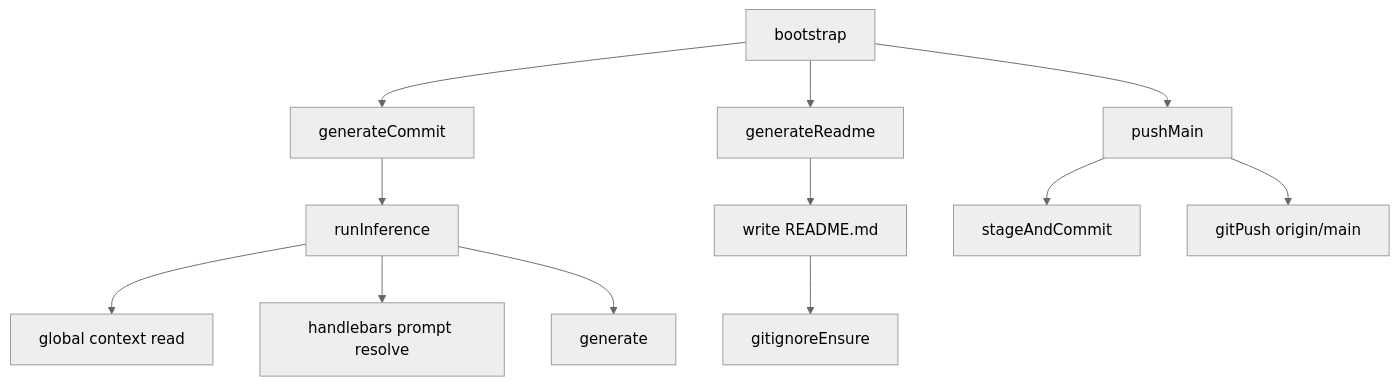
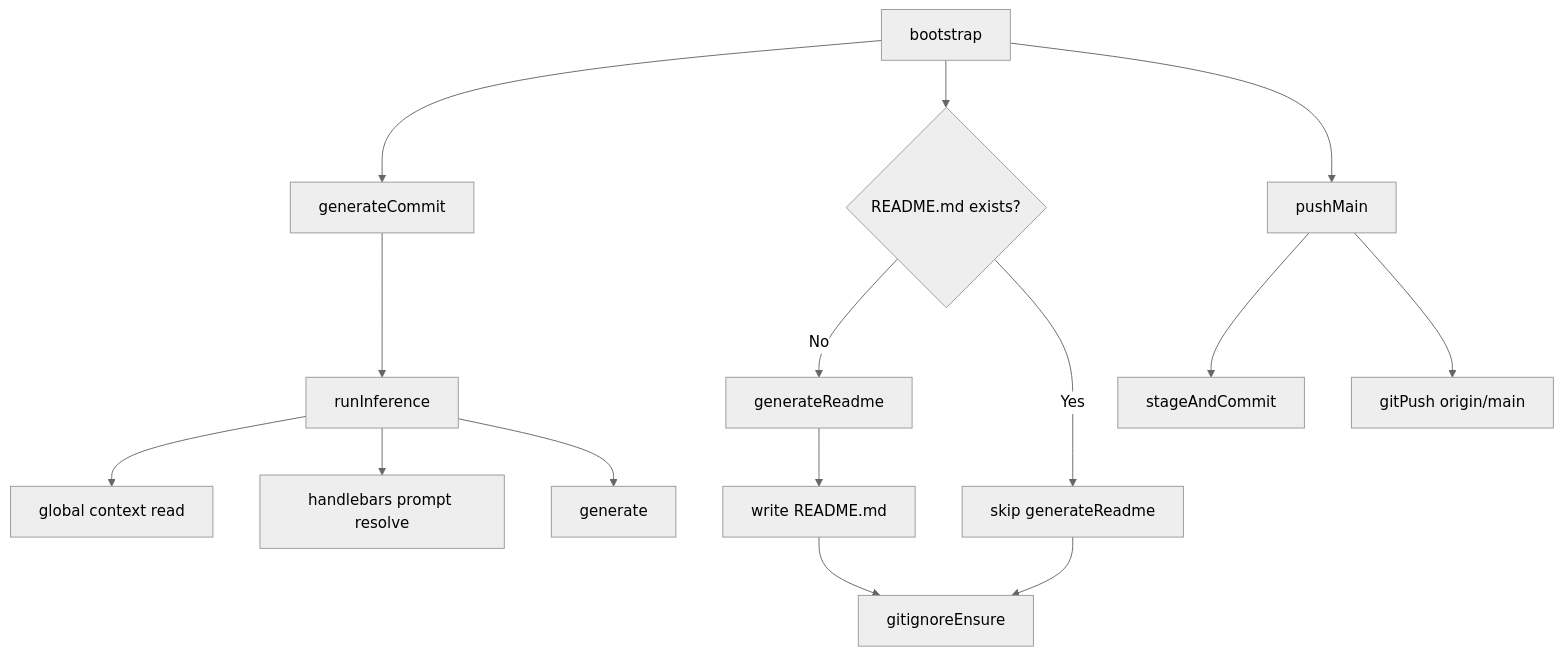
Before and after one commit to ex3ndr/holdmybeer: the diagram in doc/workflow-steps-expansion.md, drawn with Mermaid (neutral theme). The commit also changed 37 other files, not shown here.

````diff
--- a/doc/workflow-steps-expansion.md
+++ b/doc/workflow-steps-expansion.md
@@ -7,14 +7,17 @@
 ```mermaid
 flowchart TD
   A[bootstrap] --> B[generateCommit]
   B --> C[runInference]
   C --> D[global context read]
   C --> E[handlebars prompt resolve]
   C --> F[generate]
-  A --> G[generateReadme]
-  G --> H[write README.md]
-  H --> I[gitignoreEnsure]
-  A --> J[pushMain]
-  J --> K[stageAndCommit]
-  J --> L[gitPush origin/main]
+  A --> G{README.md exists?}
+  G -->|No| H[generateReadme]
+  H --> I[write README.md]
+  G -->|Yes| J[skip generateReadme]
+  I --> K[gitignoreEnsure]
+  J --> K
+  A --> L[pushMain]
+  L --> M[stageAndCommit]
+  L --> N[gitPush origin/main]
 ```
````
